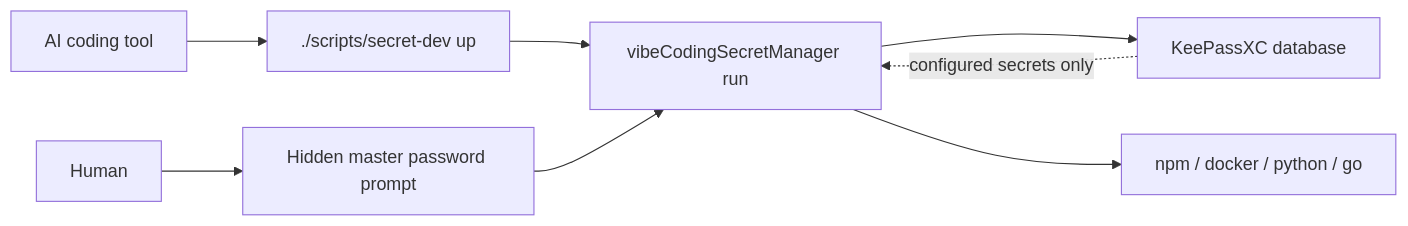
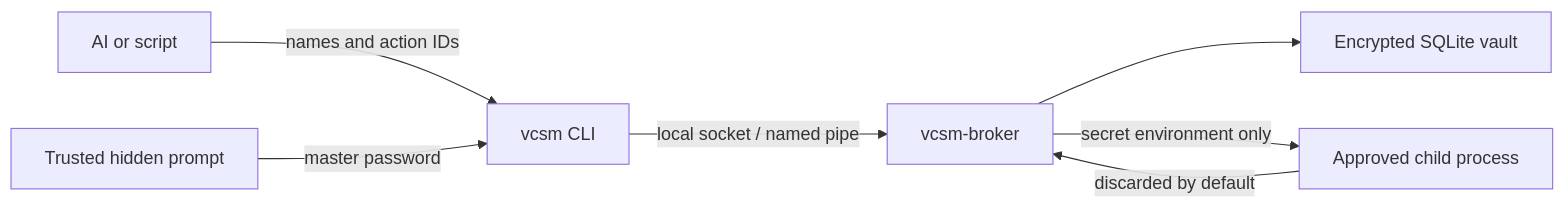
Before and after one commit to Yaling7788/vibeCodingSecretManager: the diagram in README.md, drawn with Mermaid. The commit also changed other lines of this file and 45 other files, not shown here.

Commit message:
Replace KeePassXC flow with protected native broker

````diff
--- a/README.md
+++ b/README.md
@@ -35,10 +9,9 @@
 ```mermaid
 flowchart LR
-    A["AI coding tool"] --> B["./scripts/secret-dev up"]
-    B --> C["vibeCodingSecretManager run"]
-    H["Human"] --> P["Hidden master password prompt"]
-    P --> C
-    C --> K["KeePassXC database"]
-    C --> D["npm / docker / python / go"]
-    K -. "configured secrets only" .-> C
+    AI["AI or script"] -->|"names and action IDs"| CLI["vcsm CLI"]
+    UI["Trusted hidden prompt"] -->|"master password"| CLI
+    CLI -->|"local socket / named pipe"| B["vcsm-broker"]
+    B --> V["Encrypted SQLite vault"]
+    B -->|"secret environment only"| P["Approved child process"]
+    P -->|"discarded by default"| B
 ```
````
